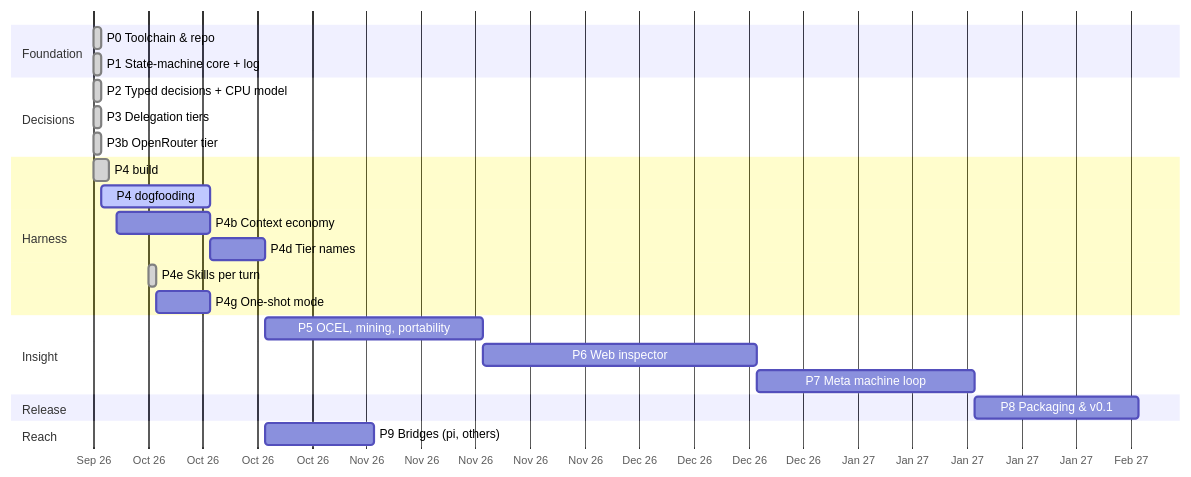
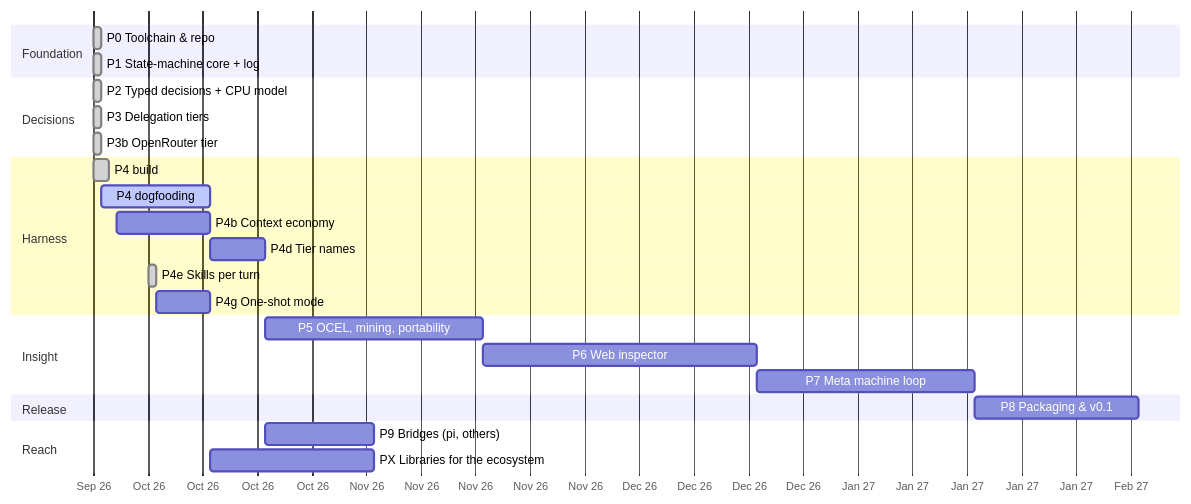
One commit to romeroabelleira/xeito changed the diagram in docs/implementation-plan.md. Above: the diagram before and after it, drawn with Mermaid. The commit also changed other lines of this file and 8 other files, not shown here.

````diff
--- a/docs/implementation-plan.md
+++ b/docs/implementation-plan.md
@@ -39,27 +40,28 @@
 ```mermaid
 gantt
   dateFormat YYYY-MM-DD
   axisFormat %b %y
   section Foundation
   P0 Toolchain & repo            :done, p0, 2026-09-27, 1d
   P1 State-machine core + log    :done, p1, 2026-09-27, 1d
   section Decisions
   P2 Typed decisions + CPU model :done, p2, 2026-09-27, 1d
   P3 Delegation tiers            :done, p3, 2026-09-27, 1d
   P3b OpenRouter tier            :done, p3b, 2026-09-27, 1d
   section Harness
   P4 build                       :done, p4b, 2026-09-27, 2d
   P4 dogfooding                  :active, p4d, 2026-09-28, 2w
   P4b Context economy            :p4b, 2026-09-30, 12d
   P4d Tier names                 :p4d, 2026-10-12, 1w
   P4e Skills per turn            :done, p4e, 2026-10-04, 1d
   P4g One-shot mode              :p4g, after p4e, 1w
   section Insight
   P5 OCEL, mining, portability   :p5, after p4d, 4w
   P6 Web inspector               :p6, after p5, 5w
   P7 Meta machine loop           :p7, after p6, 4w
   section Release
   P8 Packaging & v0.1            :p8, after p7, 3w
   section Reach
   P9 Bridges (pi, others)        :p9, after p4d, 2w
+  PX Libraries for the ecosystem :px, after p4g, 3w
 ```
````
